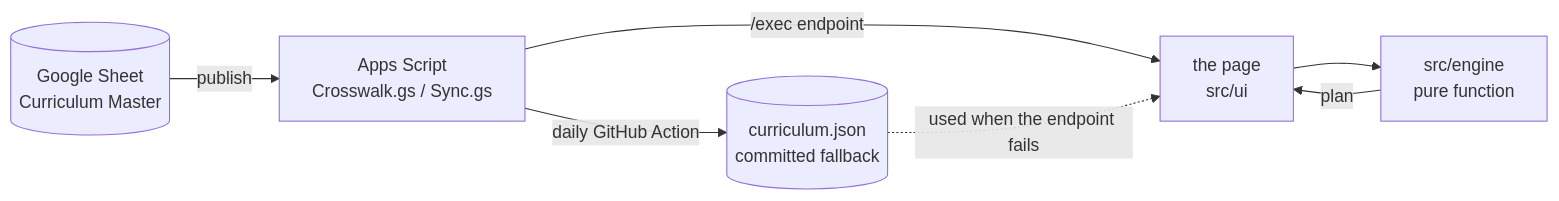
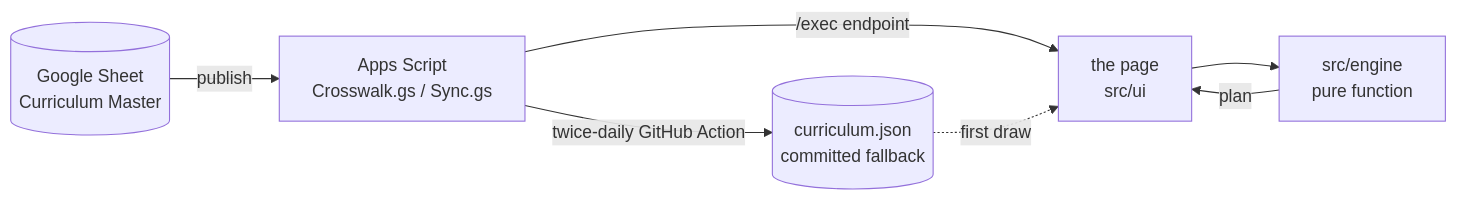
Before and after one commit to RuvaS20/crosswalk: the first of 3 diagrams in docs/architecture.md, drawn with Mermaid. The commit also changed other lines of this file and 4 other files, not shown here.

````diff
--- a/docs/architecture.md
+++ b/docs/architecture.md
@@ -18,26 +18,26 @@
 ```mermaid
 flowchart LR
 
   S[("Google Sheet<br/>Curriculum Master")]
 
   A["Apps Script<br/>Crosswalk.gs / Sync.gs"]
 
   J[("curriculum.json<br/>committed fallback")]
 
   E["src/engine<br/>pure function"]
 
   U["the page<br/>src/ui"]
 
   S -->|"publish"| A
 
   A -->|"/exec endpoint"| U
 
-  A -->|"daily GitHub Action"| J
+  A -->|"twice-daily GitHub Action"| J
 
-  J -.->|"used when the endpoint fails"| U
+  J -.->|"first draw"| U
 
   U --> E
 
   E -->|"plan"| U
 
 ```
````
